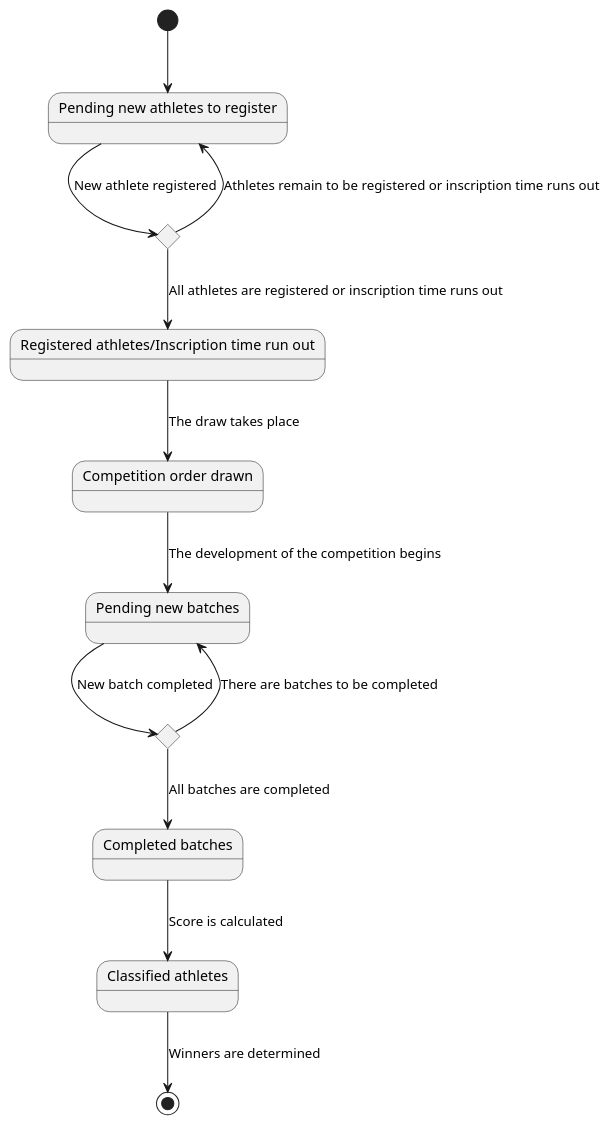
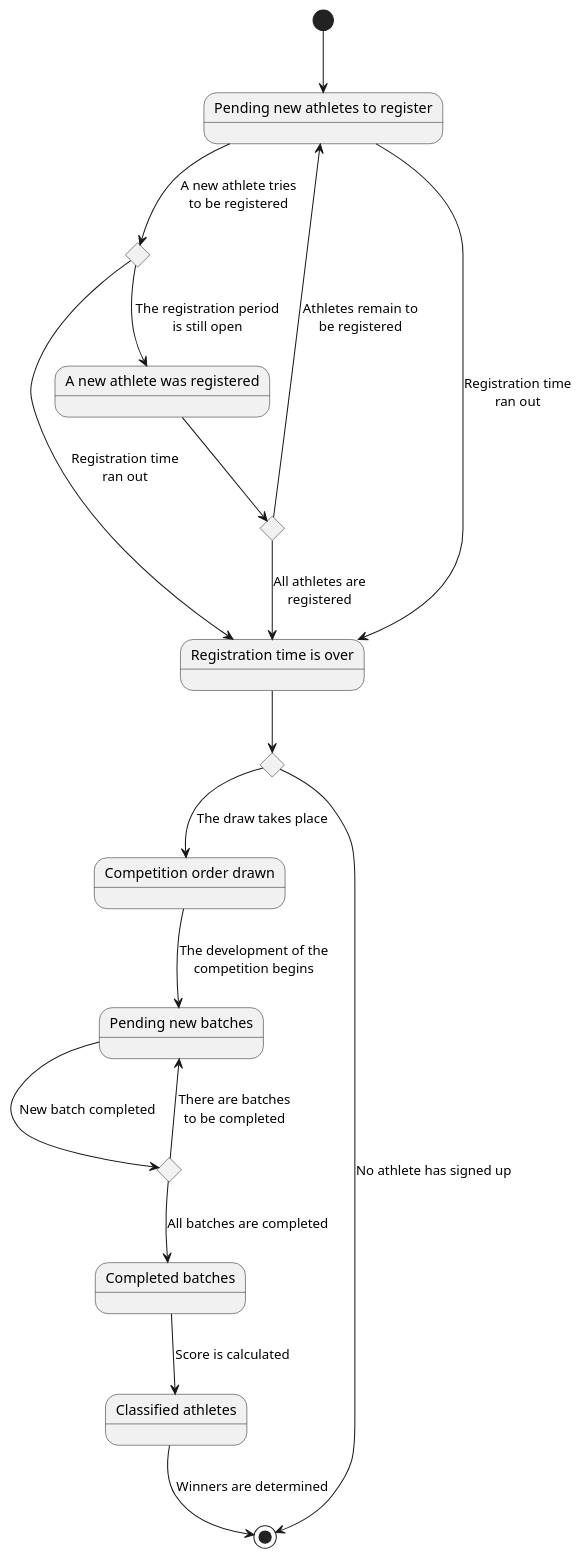
Before and after one commit to zuldare/mastercloud_pfm_halterocms: the diagram in diagrams/states/competitionStates.puml, drawn with PlantUML.

Commit message:
Improve competition states diagram

```diff
--- a/diagrams/states/competitionStates.puml
+++ b/diagrams/states/competitionStates.puml
@@ -1,26 +1,35 @@
 @startuml
 state "Pending new athletes to register" as PendingAthletesToRegister
-state "More athletes to register pending?" as MoreAthletesToRegister <<choice>>
-state "Registered athletes/Inscription time run out" as RegisteredAthletes
+state "Is the registration time still open?" as IsRegistrationOpenCHC <<choice>>
+state "More athletes to register pending?" as MoreAthletesToRegisterCHC <<choice>>
+state "A new athlete was registered" as NewAthleteRegistered
+state "Registration time is over" as RegistrationTimeOver
+state "Is there any athlete registered?" as AnyAthletesRegisteredCHC <<choice>>
 state "Competition order drawn" as CompetitionOrderDrawn
 state "Pending new batches" as PendingNewBatch
-state "More batches pending?" as MoreBatches <<choice>>
+state "More batches pending?" as MoreBatchesCHC <<choice>>
 state "Completed batches" as CompletedBatches
 state "Classified athletes" as ClassifiedAthletes
 
 
 [*] --> PendingAthletesToRegister
-PendingAthletesToRegister --> MoreAthletesToRegister : New athlete registered
-MoreAthletesToRegister --> PendingAthletesToRegister : Athletes remain to be registered or inscription time runs out
-MoreAthletesToRegister --> RegisteredAthletes : All athletes are registered or inscription time runs out
-RegisteredAthletes --> CompetitionOrderDrawn : The draw takes place
-CompetitionOrderDrawn --> PendingNewBatch : The development of the competition begins
+PendingAthletesToRegister --> IsRegistrationOpenCHC : A new athlete tries\nto be registered
+IsRegistrationOpenCHC --> RegistrationTimeOver : Registration time\nran out
+IsRegistrationOpenCHC --> NewAthleteRegistered : The registration period\nis still open
+NewAthleteRegistered --> MoreAthletesToRegisterCHC
+MoreAthletesToRegisterCHC --> PendingAthletesToRegister : Athletes remain to\nbe registered
+MoreAthletesToRegisterCHC --> RegistrationTimeOver : All athletes are\nregistered
+PendingAthletesToRegister --> RegistrationTimeOver : Registration time\nran out
+RegistrationTimeOver --> AnyAthletesRegisteredCHC
+AnyAthletesRegisteredCHC --> CompetitionOrderDrawn : The draw takes place
+AnyAthletesRegisteredCHC --> [*] : No athlete has signed up
+CompetitionOrderDrawn --> PendingNewBatch : The development of the\ncompetition begins
 
-PendingNewBatch --> MoreBatches : New batch completed
+PendingNewBatch --> MoreBatchesCHC : New batch completed
 
-MoreBatches --> PendingNewBatch : There are batches to be completed
-MoreBatches --> CompletedBatches : All batches are completed
+MoreBatchesCHC --> PendingNewBatch : There are batches\nto be completed
+MoreBatchesCHC --> CompletedBatches : All batches are completed
 
 CompletedBatches --> ClassifiedAthletes : Score is calculated
 ClassifiedAthletes --> [*] : Winners are determined
 @enduml
```
